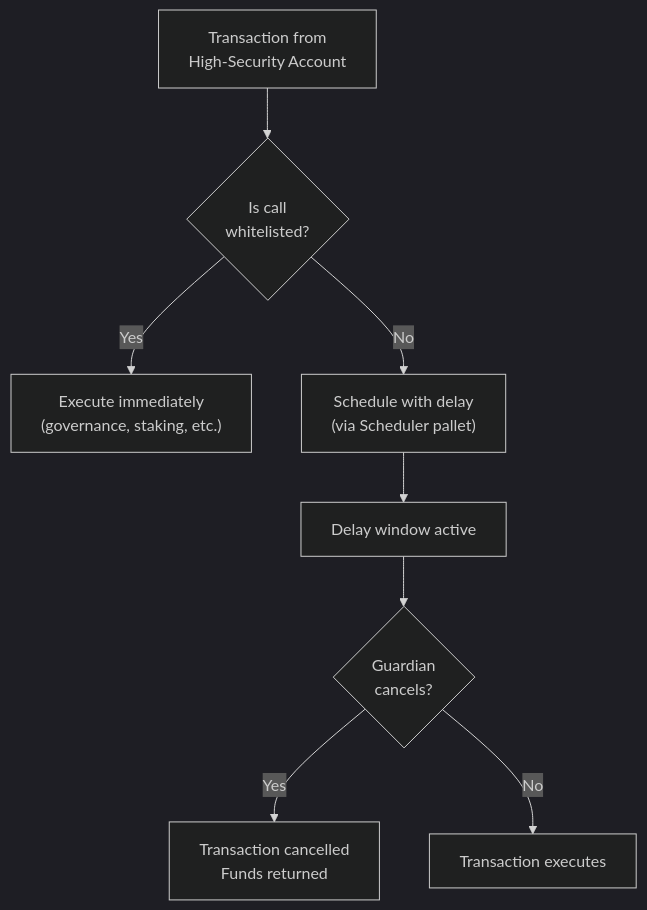
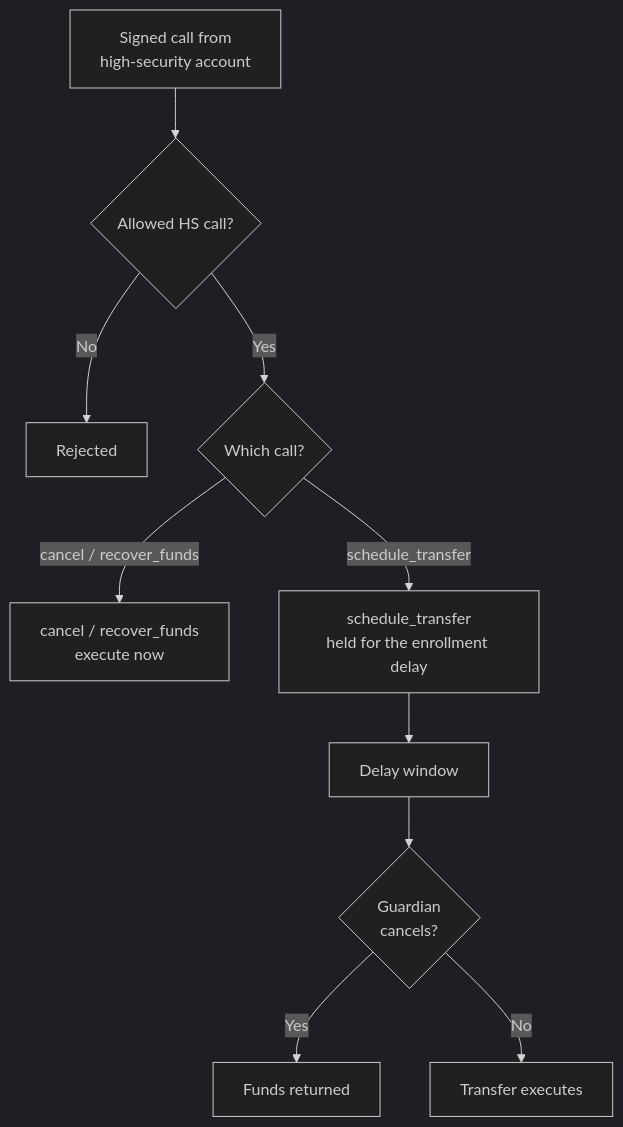
One commit to Quantus-Network/docs changed the second of 2 diagrams in docs/deep-dives/safety.md. Above: the diagram before and after it, drawn with Mermaid (dark theme). The commit also changed other lines of this file and 9 other files, not shown here.

````diff
--- a/docs/deep-dives/safety.md
+++ b/docs/deep-dives/safety.md
@@ -78,19 +93,23 @@
 ```mermaid
 flowchart TD
-    TX["Transaction from<br/>High-Security Account"]
-    Check{"Is call<br/>whitelisted?"}
-    Immediate["Execute immediately<br/>(governance, staking, etc.)"]
-    Delayed["Schedule with delay<br/>(via Scheduler pallet)"]
-    Window["Delay window active"]
+    TX["Signed call from<br/>high-security account"]
+    Check{"Allowed HS call?"}
+    Reject["Rejected"]
+    Kind{"Which call?"}
+    Immediate["cancel / recover_funds<br/>execute now"]
+    Delayed["schedule_transfer<br/>held for the enrollment delay"]
+    Window["Delay window"]
     Guardian{"Guardian<br/>cancels?"}
-    Cancel["Transaction cancelled<br/>Funds returned"]
-    Execute["Transaction executes"]
+    Cancel["Funds returned"]
+    Execute["Transfer executes"]
 
     TX --> Check
-    Check -->|Yes| Immediate
-    Check -->|No| Delayed
+    Check -->|No| Reject
+    Check -->|Yes| Kind
+    Kind -->|cancel / recover_funds| Immediate
+    Kind -->|schedule_transfer| Delayed
     Delayed --> Window
     Window --> Guardian
     Guardian -->|Yes| Cancel
     Guardian -->|No| Execute
 ```
````
